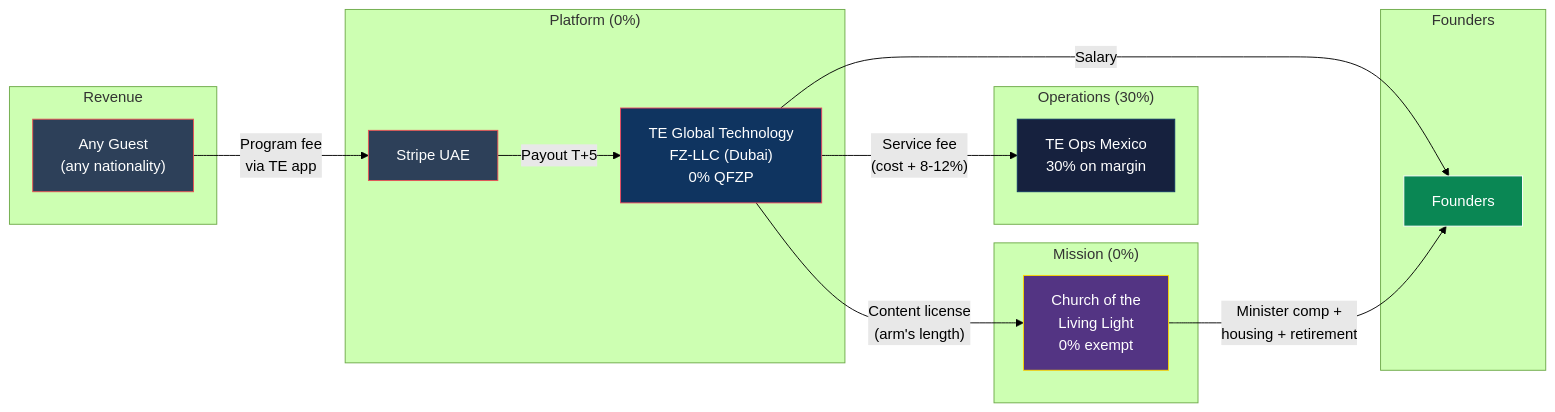
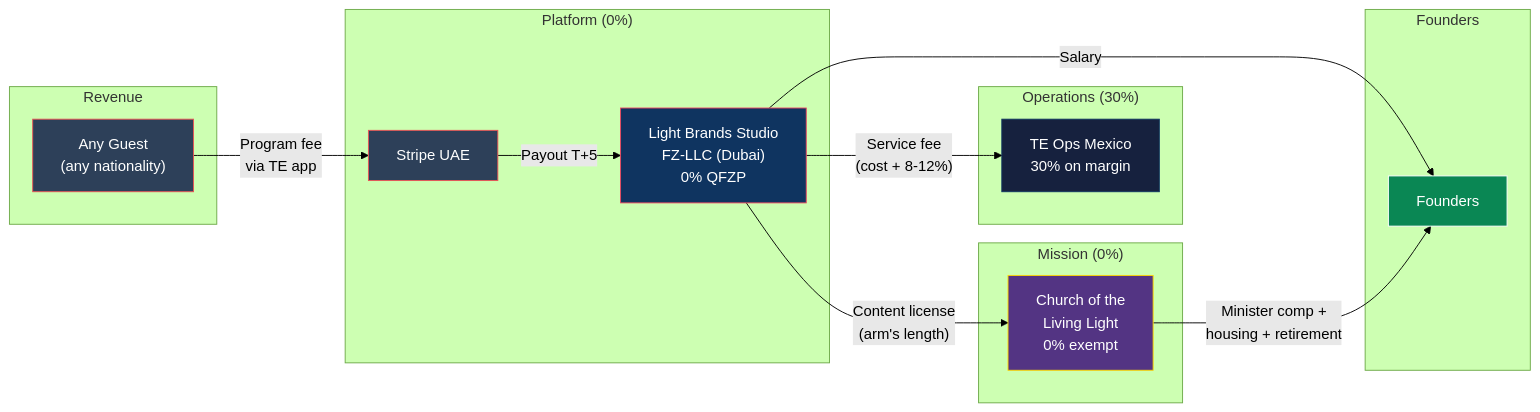
One commit to Light-Brands/epic-center changed the second of 3 diagrams in docs/tax-structure/01-MASTER-STRUCTURE.md. Above: the diagram before and after it, drawn with Mermaid (forest theme). The commit also changed other lines of this file and 7 other files, not shown here.

First line of the commit message:
Rename entities: Light Brands Studio (UAE) + Light Brands Consulting (CI IBC)

````diff
--- a/docs/tax-structure/01-MASTER-STRUCTURE.md
+++ b/docs/tax-structure/01-MASTER-STRUCTURE.md
@@ -67,37 +67,37 @@
 ```mermaid
 graph LR
     subgraph "Revenue"
         G["Any Guest<br/>(any nationality)"]
     end
 
     subgraph "Platform (0%)"
         S["Stripe UAE"]
-        UAE["TE Global Technology<br/>FZ-LLC (Dubai)<br/>0% QFZP"]
+        UAE["Light Brands Studio<br/>FZ-LLC (Dubai)<br/>0% QFZP"]
     end
 
     subgraph "Operations (30%)"
         MEX["TE Ops Mexico<br/>30% on margin"]
     end
 
     subgraph "Mission (0%)"
         CHURCH["Church of the<br/>Living Light<br/>0% exempt"]
     end
 
     subgraph "Founders"
         F["Founders"]
     end
 
     G -->|"Program fee<br/>via TE app"| S
     S -->|"Payout T+5"| UAE
     UAE -->|"Service fee<br/>(cost + 8-12%)"| MEX
     UAE -->|"Content license<br/>(arm's length)"| CHURCH
     UAE -->|"Salary"| F
     CHURCH -->|"Minister comp +<br/>housing + retirement"| F
 
     style G fill:#2d4059,stroke:#ea5455,color:#fff
     style S fill:#2d4059,stroke:#ea5455,color:#fff
     style UAE fill:#0f3460,stroke:#e94560,color:#fff
     style MEX fill:#16213e,stroke:#0f3460,color:#fff
     style CHURCH fill:#533483,stroke:#ffd700,color:#fff
     style F fill:#0a8754,stroke:#fff,color:#fff
 ```
````
